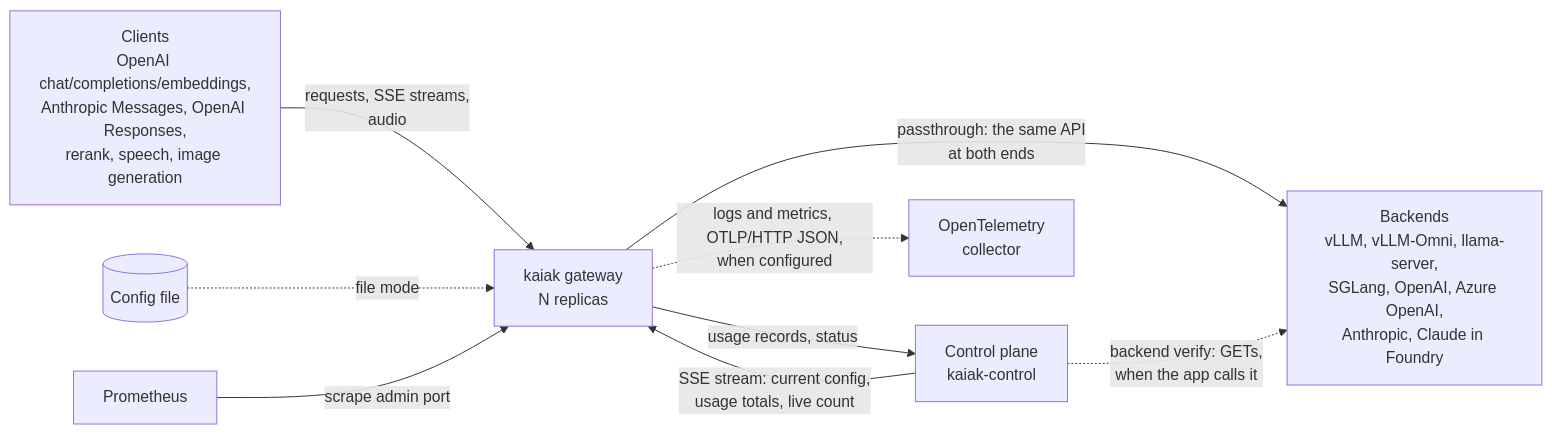
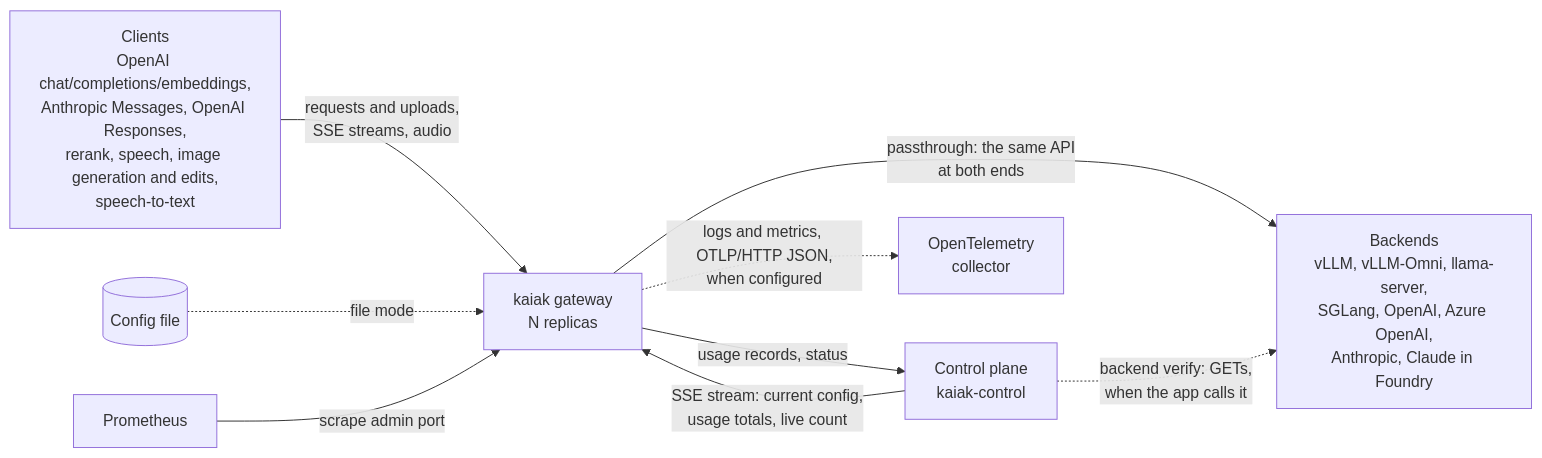
The first of 3 diagrams in docs/ARCHITECTURE.md (acdtrx/kaiak), drawn with Mermaid before and after one commit. The commit also changed other lines of this file and 20 other files, not shown here.

Commit message:
feat(live): the live-test kit's edit, speech-to-text and "not found" checks with generated media; docs for protocol 7, uploads, image edits and speech-to-text — step 9

````diff
--- a/docs/ARCHITECTURE.md
+++ b/docs/ARCHITECTURE.md
@@ -25,11 +25,11 @@
 ```mermaid
 flowchart LR
-    client[Clients<br/>OpenAI chat/completions/embeddings,<br/>Anthropic Messages, OpenAI Responses,<br/>rerank, speech, image generation] -->|requests, SSE streams,<br/>audio| gw[kaiak gateway<br/>N replicas]
+    client[Clients<br/>OpenAI chat/completions/embeddings,<br/>Anthropic Messages, OpenAI Responses,<br/>rerank, speech, image generation and edits,<br/>speech-to-text] -->|requests and uploads,<br/>SSE streams, audio| gw[kaiak gateway<br/>N replicas]
     gw -->|passthrough: the same API<br/>at both ends| be[Backends<br/>vLLM, vLLM-Omni, llama-server,<br/>SGLang, OpenAI, Azure OpenAI,<br/>Anthropic, Claude in Foundry]
     cp[Control plane<br/>kaiak-control] -->|SSE stream: current config,<br/>usage totals, live count| gw
     gw -->|usage records, status| cp
     cp -.->|backend verify: GETs,<br/>when the app calls it| be
     file[(Config file)] -.->|file mode| gw
     prom[Prometheus] -->|scrape admin port| gw
     gw -.->|logs and metrics, OTLP/HTTP JSON,<br/>when configured| otel[OpenTelemetry<br/>collector]
 ```
````
